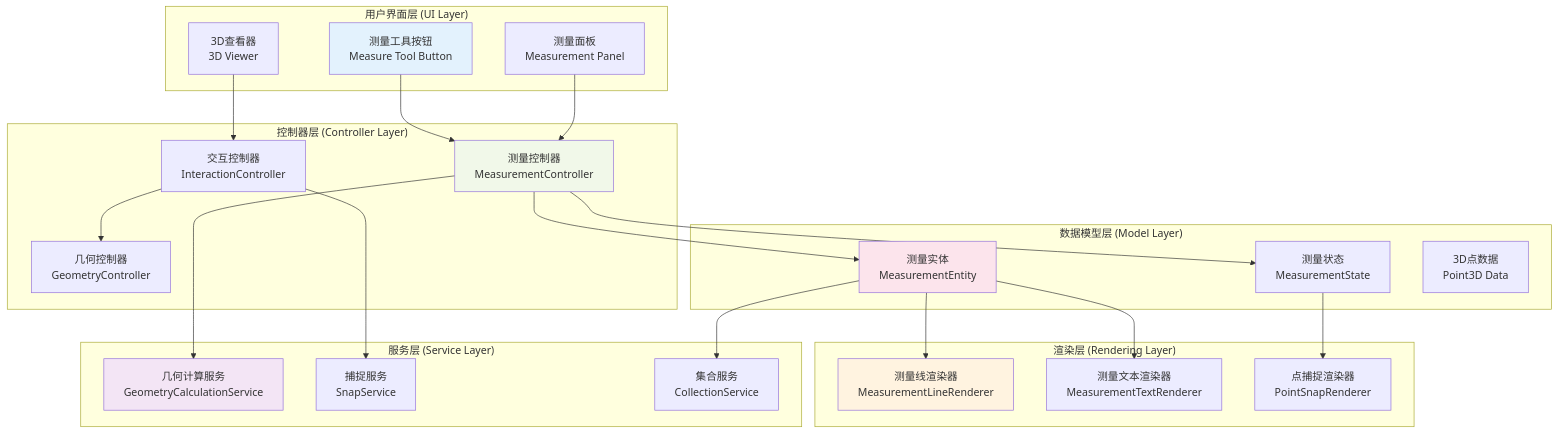
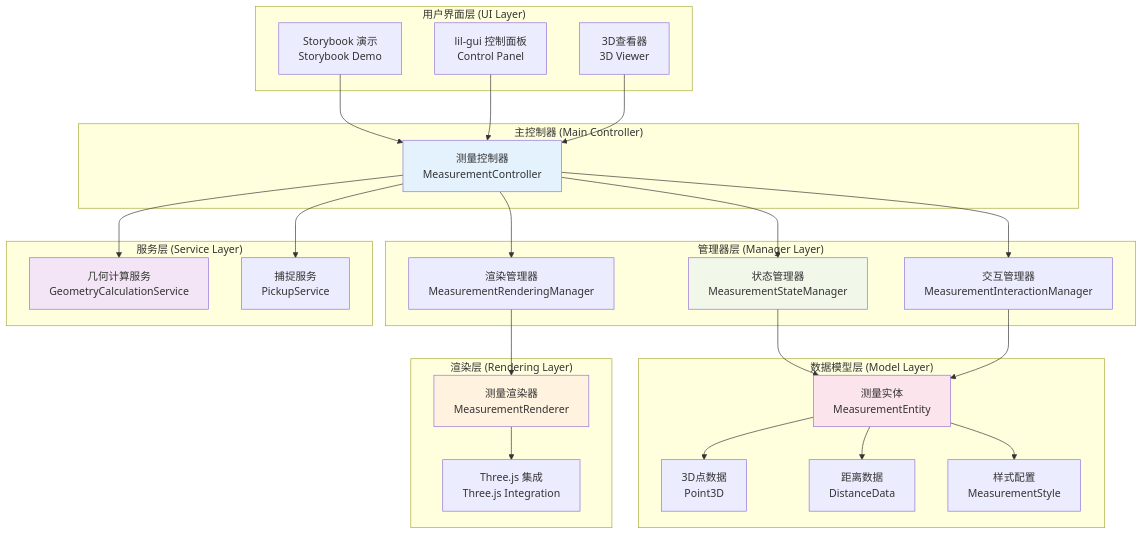
One commit to sjzsdu/tong-notes changed the first of 14 diagrams in content/posts/magicloud/uvf/task_measure.md. Above: the diagram before and after it, drawn with Mermaid. The commit also changed other lines of this file and 97 other files, not shown here.

Commit message:
feat(crewai): describe execution flow and design patterns

````diff
--- a/content/posts/magicloud/uvf/task_measure.md
+++ b/content/posts/magicloud/uvf/task_measure.md
@@ -11,54 +11,62 @@
 ```mermaid
 graph TB
     subgraph "用户界面层 (UI Layer)"
-        A1[测量工具按钮<br/>Measure Tool Button]
-        A2[测量面板<br/>Measurement Panel]
+        A1[Storybook 演示<br/>Storybook Demo]
+        A2[lil-gui 控制面板<br/>Control Panel]
         A3[3D查看器<br/>3D Viewer]
     end
     
-    subgraph "控制器层 (Controller Layer)"
+    subgraph "主控制器 (Main Controller)"
         B1[测量控制器<br/>MeasurementController]
-        B2[交互控制器<br/>InteractionController]
-        B3[几何控制器<br/>GeometryController]
+    end
+    
+    subgraph "管理器层 (Manager Layer)"
+        B2[状态管理器<br/>MeasurementStateManager]
+        B3[交互管理器<br/>MeasurementInteractionManager]
+        B4[渲染管理器<br/>MeasurementRenderingManager]
     end
     
     subgraph "数据模型层 (Model Layer)"
         C1[测量实体<br/>MeasurementEntity]
-        C2[测量状态<br/>MeasurementState]
-        C3[3D点数据<br/>Point3D Data]
+        C2[3D点数据<br/>Point3D]
+        C3[距离数据<br/>DistanceData]
+        C4[样式配置<br/>MeasurementStyle]
     end
     
     subgraph "渲染层 (Rendering Layer)"
-        D1[测量线渲染器<br/>MeasurementLineRenderer]
-        D2[测量文本渲染器<br/>MeasurementTextRenderer]
-        D3[点捕捉渲染器<br/>PointSnapRenderer]
+        D1[测量渲染器<br/>MeasurementRenderer]
+        D2[Three.js 集成<br/>Three.js Integration]
     end
     
     subgraph "服务层 (Service Layer)"
         E1[几何计算服务<br/>GeometryCalculationService]
-        E2[捕捉服务<br/>SnapService]
-        E3[集合服务<br/>CollectionService]
+        E2[捕捉服务<br/>PickupService]
     end
     
     A1 --> B1
     A2 --> B1
-    A3 --> B2
+    A3 --> B1
     
-    B1 --> C1
-    B1 --> C2
-    B2 --> B3
+    B1 --> B2
+    B1 --> B3
+    B1 --> B4
     
-    C1 --> D1
-    C1 --> D2
-    C2 --> D3
+    B2 --> C1
+    B3 --> C1
+    B4 --> D1
+    
+    C1 --> C2
+    C1 --> C3
+    C1 --> C4
+    
+    D1 --> D2
     
     B1 --> E1
-    B2 --> E2
-    C1 --> E3
+    B1 --> E2
     
-    style A1 fill:#e3f2fd
-    style B1 fill:#f1f8e9
+    style B1 fill:#e3f2fd
+    style B2 fill:#f1f8e9
     style C1 fill:#fce4ec
     style D1 fill:#fff3e0
     style E1 fill:#f3e5f5
 ```
````
